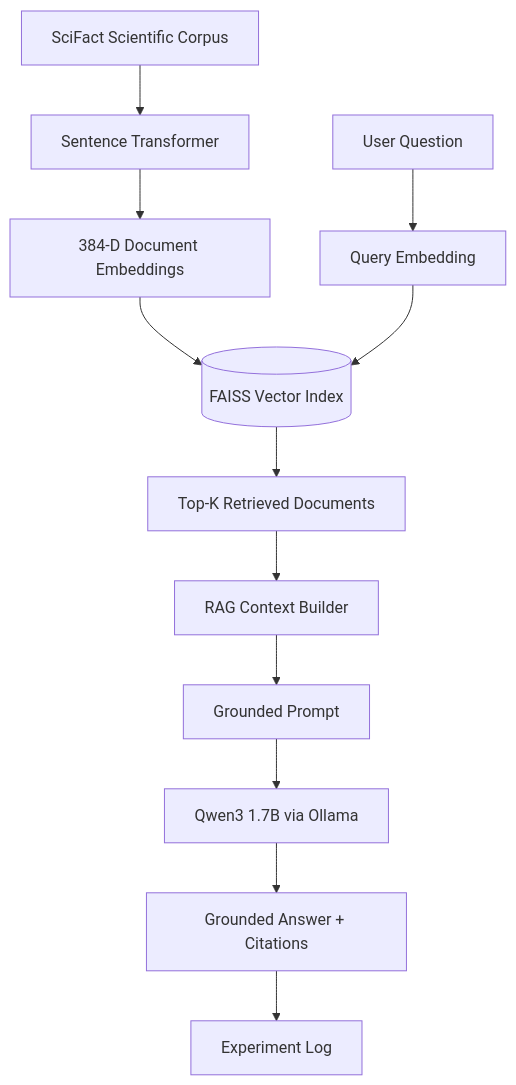
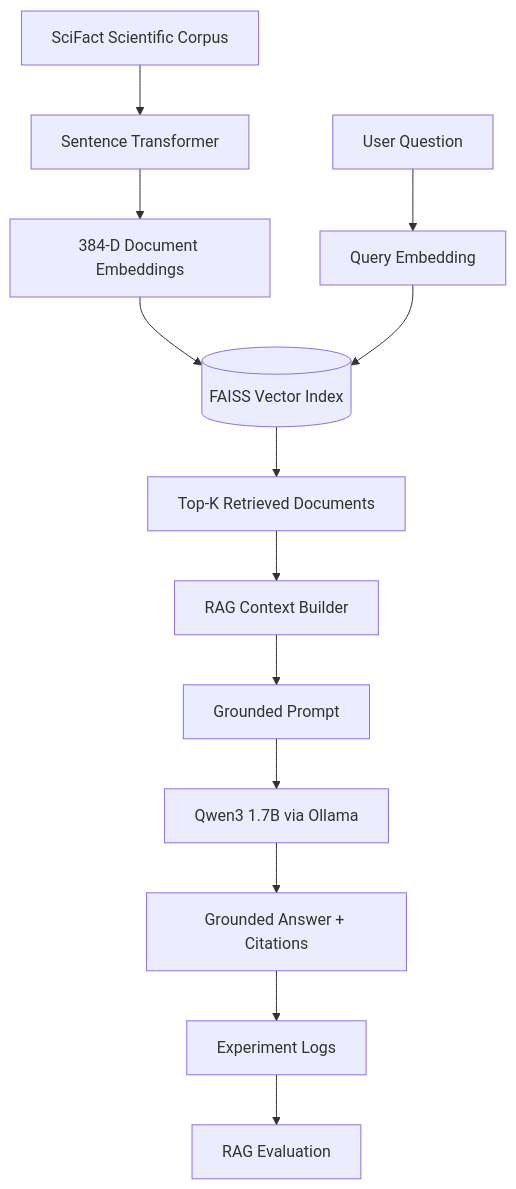
The diagram in README.md (BigDataAISystems/scalable-rag-spark), drawn with Mermaid before and after one commit. The commit also changed other lines of this file and 22 other files, not shown here.

````diff
--- a/README.md
+++ b/README.md
@@ -41,16 +53,17 @@
 ```mermaid
 flowchart TD
     A[SciFact Scientific Corpus] --> B[Sentence Transformer]
     B --> C[384-D Document Embeddings]
     C --> D[(FAISS Vector Index)]
 
     Q[User Question] --> E[Query Embedding]
     E --> D
 
     D --> F[Top-K Retrieved Documents]
     F --> G[RAG Context Builder]
     G --> H[Grounded Prompt]
     H --> I[Qwen3 1.7B via Ollama]
     I --> J[Grounded Answer + Citations]
-    J --> K[Experiment Log]
+    J --> K[Experiment Logs]
+    K --> L[RAG Evaluation]
 ```
````
